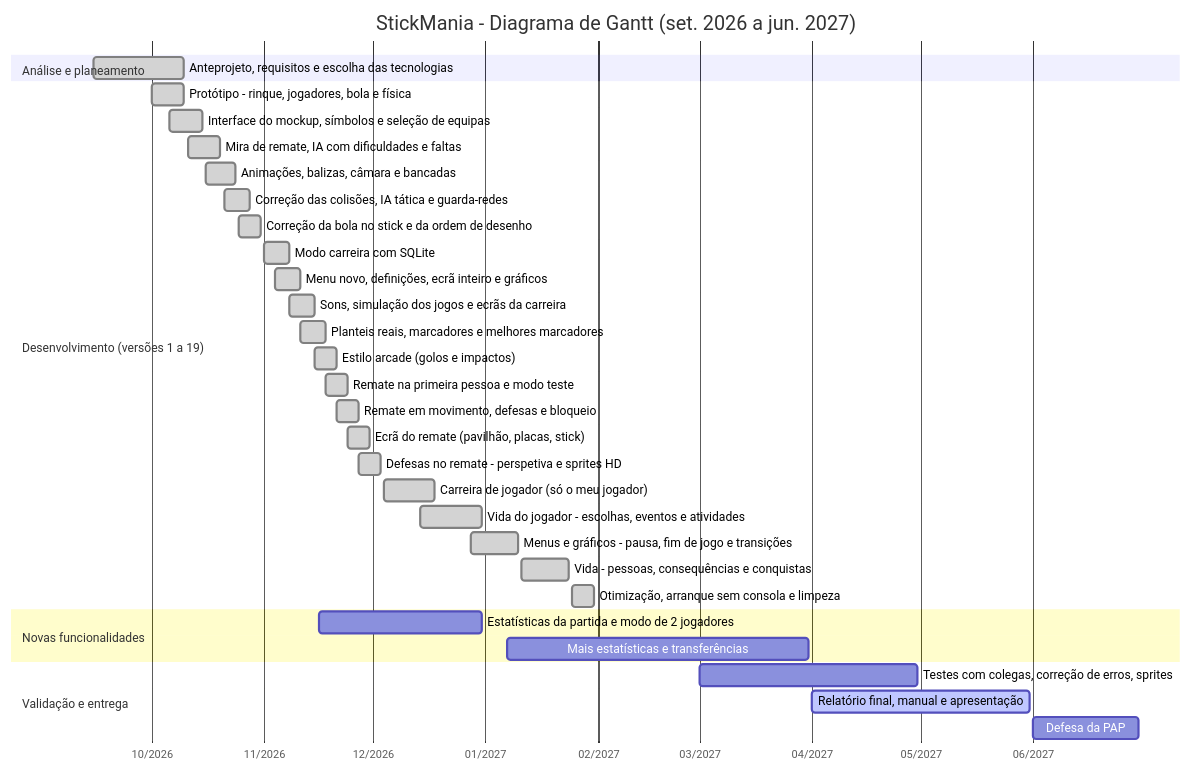
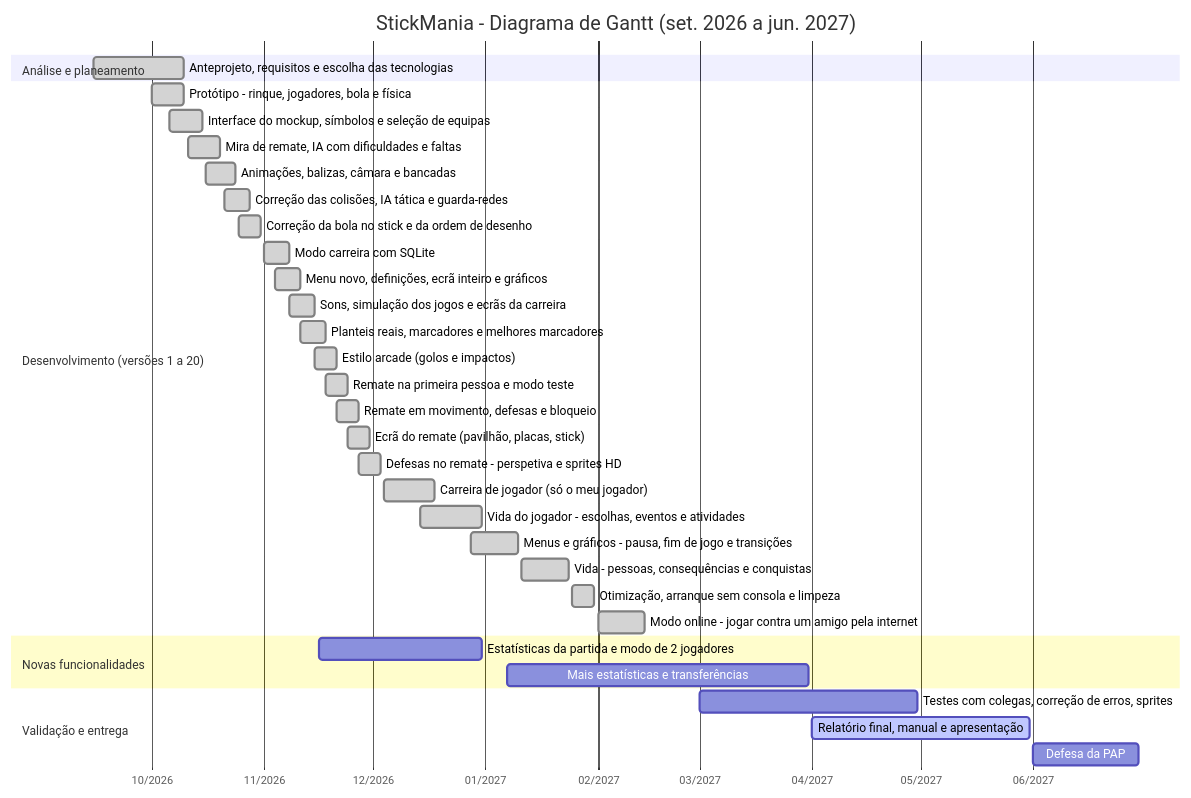
One commit to RafaelSilveira23/Stickmaniapap changed the diagram in docs/GANTT.md. Above: the diagram before and after it, drawn with Mermaid. The commit also changed other lines of this file and 20 other files, not shown here.

First line of the commit message:
feat: jogar online contra um amigo noutro computador

````diff
--- a/docs/GANTT.md
+++ b/docs/GANTT.md
@@ -11,38 +11,39 @@
 ```mermaid
 gantt
     title StickMania - Diagrama de Gantt (set. 2026 a jun. 2027)
     dateFormat YYYY-MM-DD
     axisFormat %m/%Y
     tickInterval 1month
     todayMarker off
     section Análise e planeamento
     Anteprojeto, requisitos e escolha das tecnologias :done, t1, 2026-09-15, 2026-10-10
-    section Desenvolvimento (versões 1 a 19)
+    section Desenvolvimento (versões 1 a 20)
     Protótipo - rinque, jogadores, bola e física :done, t2, 2026-10-01, 2026-10-10
     Interface do mockup, símbolos e seleção de equipas :done, t3, 2026-10-06, 2026-10-15
     Mira de remate, IA com dificuldades e faltas :done, t4, 2026-10-11, 2026-10-20
     Animações, balizas, câmara e bancadas :done, t5, 2026-10-16, 2026-10-24
     Correção das colisões, IA tática e guarda-redes :done, t6, 2026-10-21, 2026-10-28
     Correção da bola no stick e da ordem de desenho :done, t7, 2026-10-25, 2026-10-31
     Modo carreira com SQLite :done, t8, 2026-11-01, 2026-11-08
     Menu novo, definições, ecrã inteiro e gráficos :done, t9, 2026-11-04, 2026-11-11
     Sons, simulação dos jogos e ecrãs da carreira :done, t10, 2026-11-08, 2026-11-15
     Planteis reais, marcadores e melhores marcadores :done, t11, 2026-11-11, 2026-11-18
     Estilo arcade (golos e impactos) :done, t12, 2026-11-15, 2026-11-21
     Remate na primeira pessoa e modo teste :done, t13, 2026-11-18, 2026-11-24
     Remate em movimento, defesas e bloqueio :done, t14, 2026-11-21, 2026-11-27
     Ecrã do remate (pavilhão, placas, stick) :done, t15, 2026-11-24, 2026-11-30
     Defesas no remate - perspetiva e sprites HD :done, t16, 2026-11-27, 2026-12-03
     Carreira de jogador (só o meu jogador) :done, t17, 2026-12-04, 2026-12-18
     Vida do jogador - escolhas, eventos e atividades :done, t18, 2026-12-14, 2026-12-31
     Menus e gráficos - pausa, fim de jogo e transições :done, t19, 2026-12-28, 2027-01-10
     Vida - pessoas, consequências e conquistas :done, t20, 2027-01-11, 2027-01-24
     Otimização, arranque sem consola e limpeza :done, t21, 2027-01-25, 2027-01-31
+    Modo online - jogar contra um amigo pela internet :done, t22, 2027-02-01, 2027-02-14
     section Novas funcionalidades
-    Estatísticas da partida e modo de 2 jogadores :t22, 2026-11-16, 2026-12-31
-    Mais estatísticas e transferências :t23, 2027-01-07, 2027-03-31
+    Estatísticas da partida e modo de 2 jogadores :t23, 2026-11-16, 2026-12-31
+    Mais estatísticas e transferências :t24, 2027-01-07, 2027-03-31
     section Validação e entrega
-    Testes com colegas, correção de erros, sprites :t24, 2027-03-01, 2027-04-30
-    Relatório final, manual e apresentação :active, t25, 2027-04-01, 2027-05-31
-    Defesa da PAP :t26, 2027-06-01, 2027-06-30
+    Testes com colegas, correção de erros, sprites :t25, 2027-03-01, 2027-04-30
+    Relatório final, manual e apresentação :active, t26, 2027-04-01, 2027-05-31
+    Defesa da PAP :t27, 2027-06-01, 2027-06-30
 ```
````
